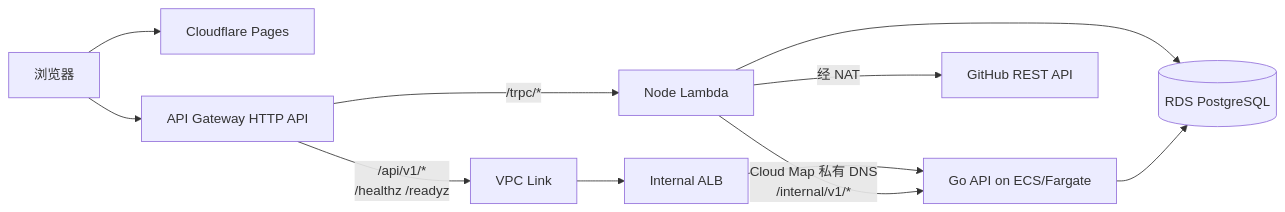
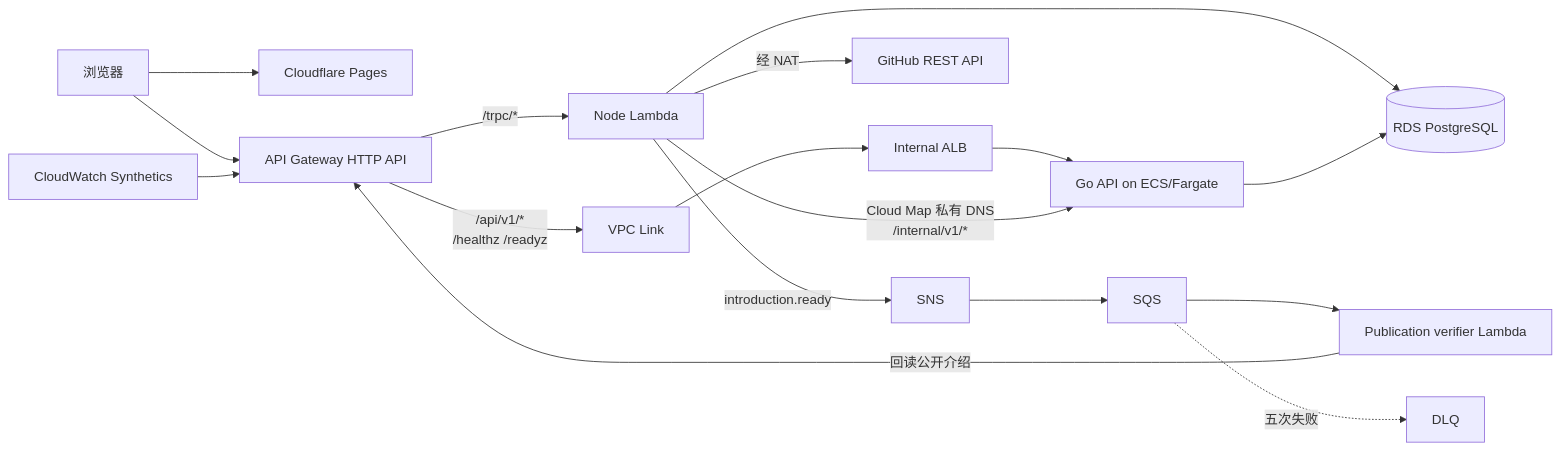
One commit to StarCoderLn/github-account-info changed the diagram in apps/fumadocs/content/docs/deployment/index.mdx. Above: the diagram before and after it, drawn with Mermaid. The commit also changed other lines of this file and 52 other files, not shown here.

````diff
--- a/apps/fumadocs/content/docs/deployment/index.mdx
+++ b/apps/fumadocs/content/docs/deployment/index.mdx
@@ -11,13 +11,19 @@
 ```mermaid
 flowchart LR
   Browser[浏览器] --> CF[Cloudflare Pages]
   Browser --> APIGW[API Gateway HTTP API]
   APIGW -->|/trpc/*| Lambda[Node Lambda]
   APIGW -->|/api/v1/*<br/>/healthz /readyz| Link[VPC Link]
   Link --> ALB[Internal ALB]
   ALB --> Go[Go API on ECS/Fargate]
   Lambda -->|Cloud Map 私有 DNS<br/>/internal/v1/*| Go
   Lambda --> RDS[(RDS PostgreSQL)]
   Go --> RDS
   Lambda -->|经 NAT| GitHub[GitHub REST API]
+  Lambda -->|introduction.ready| SNS[SNS]
+  SNS --> SQS[SQS]
+  SQS --> Consumer[Publication verifier Lambda]
+  Consumer -->|回读公开介绍| APIGW
+  SQS -.五次失败.-> DLQ[DLQ]
+  Synthetics[CloudWatch Synthetics] --> APIGW
 ```
````
